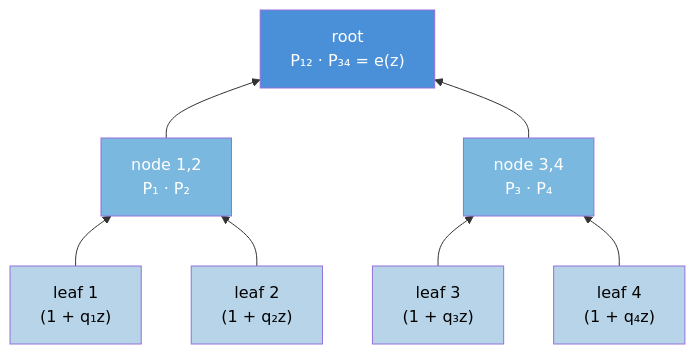
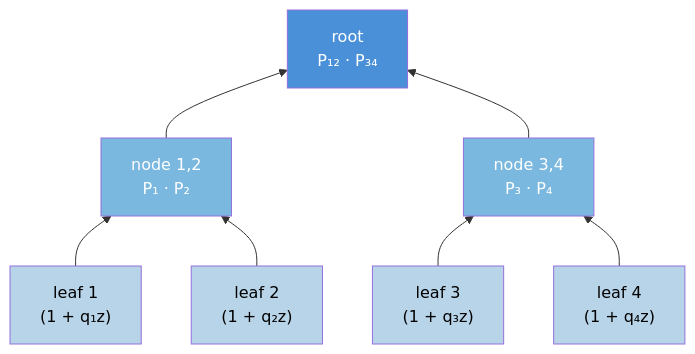
One commit to timvieira/conditional-poisson-sampling changed the first of 3 diagrams in README.md. Above: the diagram before and after it, drawn with Mermaid. The commit also changed other lines of this file, not shown here.

````diff
--- a/README.md
+++ b/README.md
@@ -76,17 +83,17 @@
 ```mermaid
 graph BT
     L1["leaf 1<br/>(1 + q₁z)"] --> N12["node 1,2<br/>P₁ · P₂"]
     L2["leaf 2<br/>(1 + q₂z)"] --> N12
     L3["leaf 3<br/>(1 + q₃z)"] --> N34["node 3,4<br/>P₃ · P₄"]
     L4["leaf 4<br/>(1 + q₄z)"] --> N34
-    N12 --> ROOT["root<br/>P₁₂ · P₃₄ = e(z)"]
+    N12 --> ROOT["root<br/>P₁₂ · P₃₄"]
     N34 --> ROOT
 
     style ROOT fill:#4a90d9,color:#fff
     style N12 fill:#7ab8e0,color:#fff
     style N34 fill:#7ab8e0,color:#fff
     style L1 fill:#b8d4e8,color:#000
     style L2 fill:#b8d4e8,color:#000
     style L3 fill:#b8d4e8,color:#000
     style L4 fill:#b8d4e8,color:#000
 ```
````
